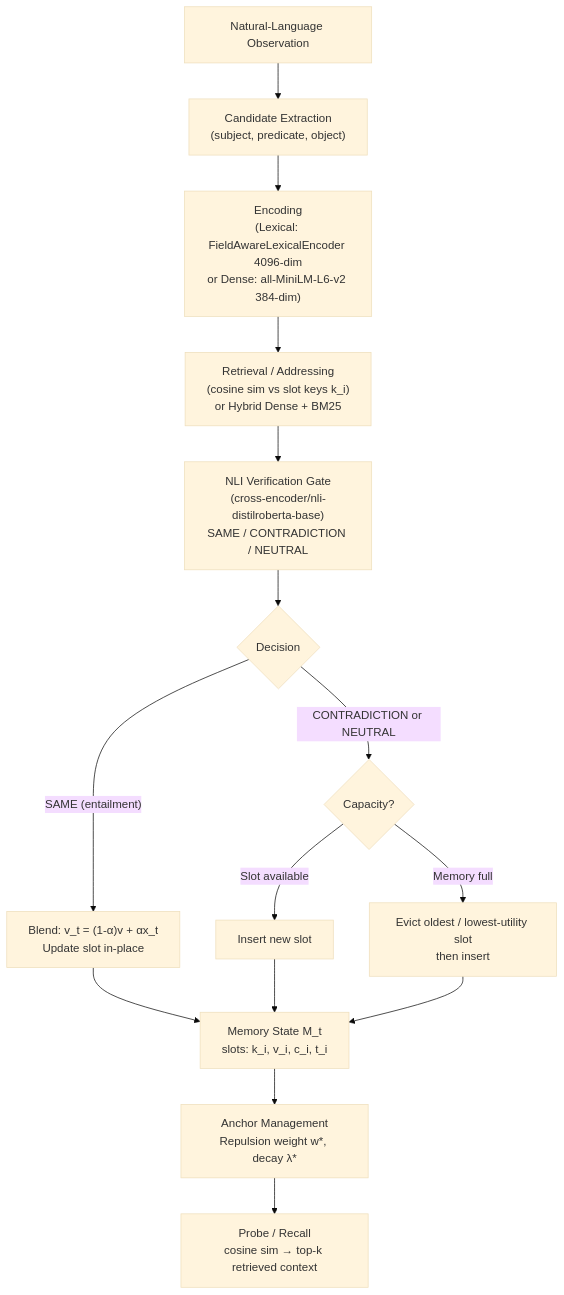
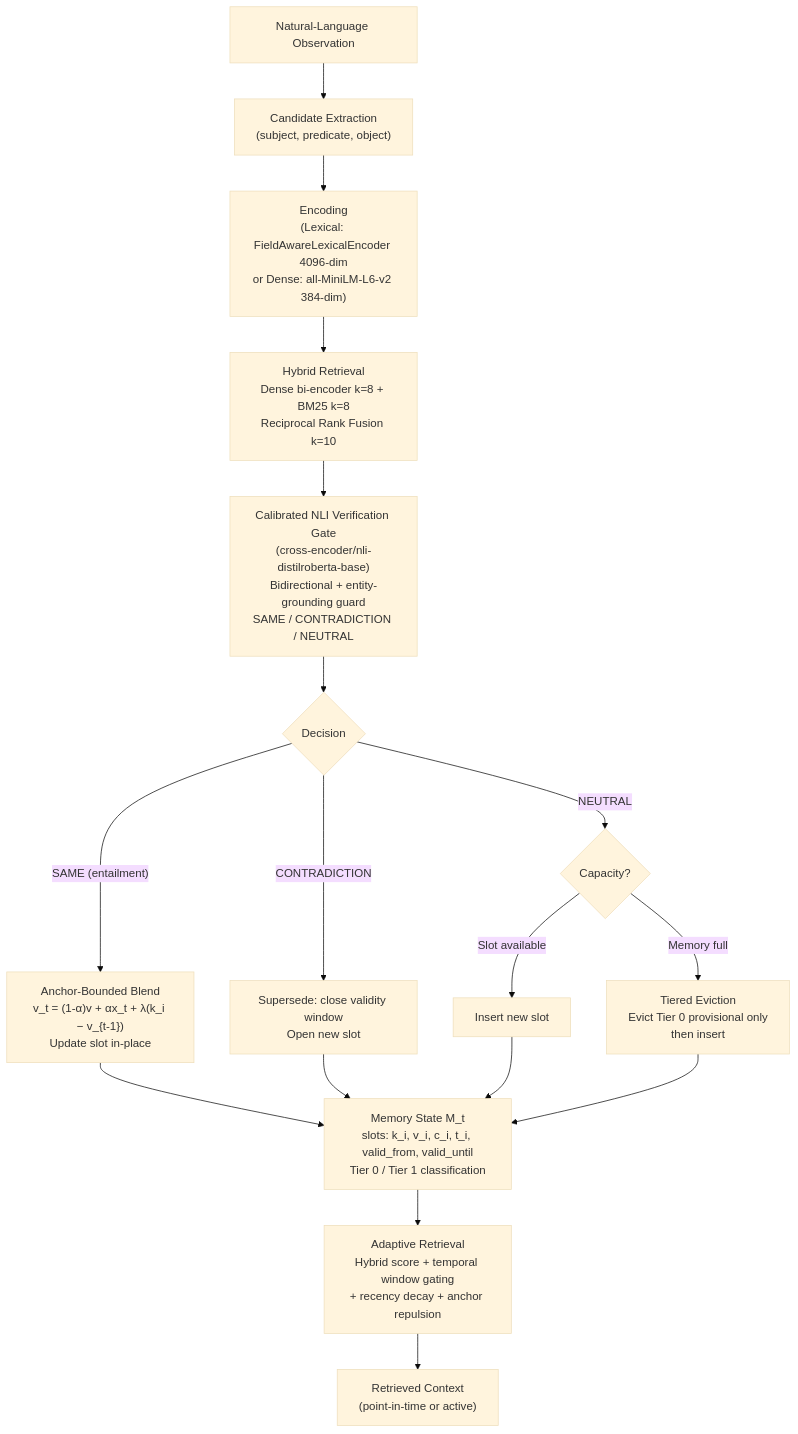
The diagram in README.md (robel-samuel/MINEMOS), drawn with Mermaid (base theme) before and after one commit. The commit also changed other lines of this file, not shown here.

````diff
--- a/README.md
+++ b/README.md
@@ -142,17 +145,19 @@
 ```mermaid
 flowchart TD
     A["Natural-Language Observation"] --> B["Candidate Extraction\n(subject, predicate, object)"]
     B --> C["Encoding\n(Lexical: FieldAwareLexicalEncoder 4096-dim\nor Dense: all-MiniLM-L6-v2 384-dim)"]
-    C --> D["Retrieval / Addressing\n(cosine sim vs slot keys k_i)\nor Hybrid Dense + BM25"]
-    D --> E["NLI Verification Gate\n(cross-encoder/nli-distilroberta-base)\nSAME / CONTRADICTION / NEUTRAL"]
+    C --> D["Hybrid Retrieval\nDense bi-encoder k=8 + BM25 k=8\nReciprocal Rank Fusion k=10"]
+    D --> E["Calibrated NLI Verification Gate\n(cross-encoder/nli-distilroberta-base)\nBidirectional + entity-grounding guard\nSAME / CONTRADICTION / NEUTRAL"]
     E --> F{"Decision"}
-    F -- "SAME (entailment)" --> G["Blend: v_t = (1-α)v + αx_t\nUpdate slot in-place"]
-    F -- "CONTRADICTION or NEUTRAL" --> H{"Capacity?"}
-    H -- "Slot available" --> I["Insert new slot"]
-    H -- "Memory full" --> J["Evict oldest / lowest-utility slot\nthen insert"]
-    G --> K["Memory State M_t\nslots: k_i, v_i, c_i, t_i"]
-    I --> K
-    J --> K
-    K --> L["Anchor Management\nRepulsion weight w*, decay λ*"]
-    L --> M["Probe / Recall\ncosine sim → top-k retrieved context"]
+    F -- "SAME (entailment)" --> G["Anchor-Bounded Blend\nv_t = (1-α)v + αx_t + λ(k_i − v_{t-1})\nUpdate slot in-place"]
+    F -- "CONTRADICTION" --> H["Supersede: close validity window\nOpen new slot"]
+    F -- "NEUTRAL" --> I{"Capacity?"}
+    I -- "Slot available" --> J["Insert new slot"]
+    I -- "Memory full" --> K["Tiered Eviction\nEvict Tier 0 provisional only\nthen insert"]
+    G --> L["Memory State M_t\nslots: k_i, v_i, c_i, t_i, valid_from, valid_until\nTier 0 / Tier 1 classification"]
+    H --> L
+    J --> L
+    K --> L
+    L --> M["Adaptive Retrieval\nHybrid score + temporal window gating\n+ recency decay + anchor repulsion"]
+    M --> N["Retrieved Context\n(point-in-time or active)"]
 ```
````
